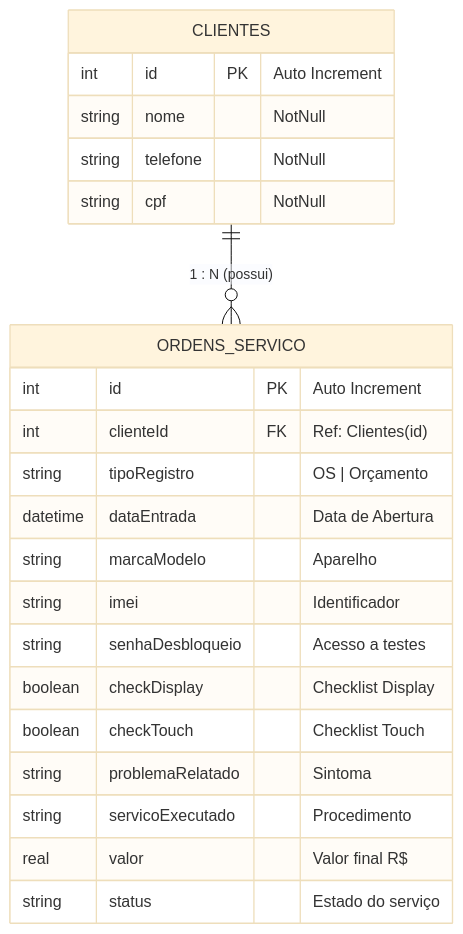
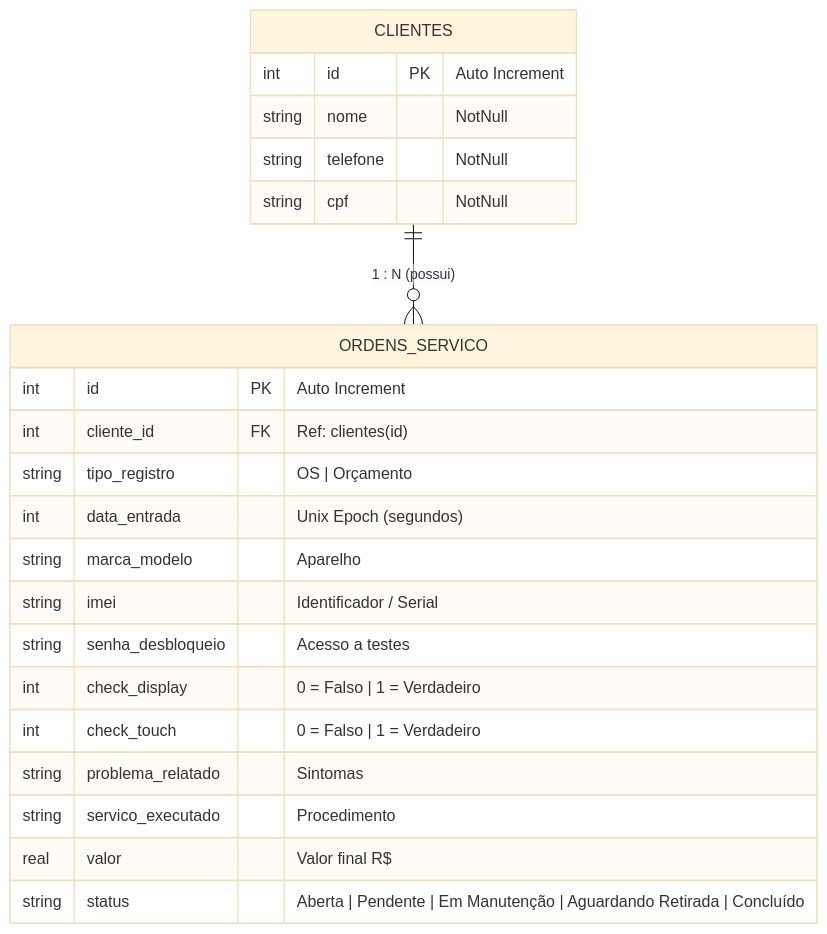
One commit to AnthyGuedes/Telecell-Mobile changed the diagram in README.md. Above: the diagram before and after it, drawn with Mermaid (base theme). The commit also changed other lines of this file, not shown here.

Commit message:
docs: atualiza README.md removendo imagens de display e detalhando modelo de banco e Agente IA v1.1.0

````diff
--- a/README.md
+++ b/README.md
@@ -125,25 +136,25 @@
 ```mermaid
 erDiagram
     CLIENTES ||--o{ ORDENS_SERVICO : "1 : N (possui)"
     CLIENTES {
         int id PK "Auto Increment"
         string nome "NotNull"
         string telefone "NotNull"
         string cpf "NotNull"
     }
     ORDENS_SERVICO {
         int id PK "Auto Increment"
-        int clienteId FK "Ref: Clientes(id)"
-        string tipoRegistro "OS | Orçamento"
-        datetime dataEntrada "Data de Abertura"
-        string marcaModelo "Aparelho"
-        string imei "Identificador"
-        string senhaDesbloqueio "Acesso a testes"
-        boolean checkDisplay "Checklist Display"
-        boolean checkTouch "Checklist Touch"
-        string problemaRelatado "Sintoma"
-        string servicoExecutado "Procedimento"
+        int cliente_id FK "Ref: clientes(id)"
+        string tipo_registro "OS | Orçamento"
+        int data_entrada "Unix Epoch (segundos)"
+        string marca_modelo "Aparelho"
+        string imei "Identificador / Serial"
+        string senha_desbloqueio "Acesso a testes"
+        int check_display "0 = Falso | 1 = Verdadeiro"
+        int check_touch "0 = Falso | 1 = Verdadeiro"
+        string problema_relatado "Sintomas"
+        string servico_executado "Procedimento"
         real valor "Valor final R$"
-        string status "Estado do serviço"
+        string status "Aberta | Pendente | Em Manutenção | Aguardando Retirada | Concluído"
     }
 ```
````
